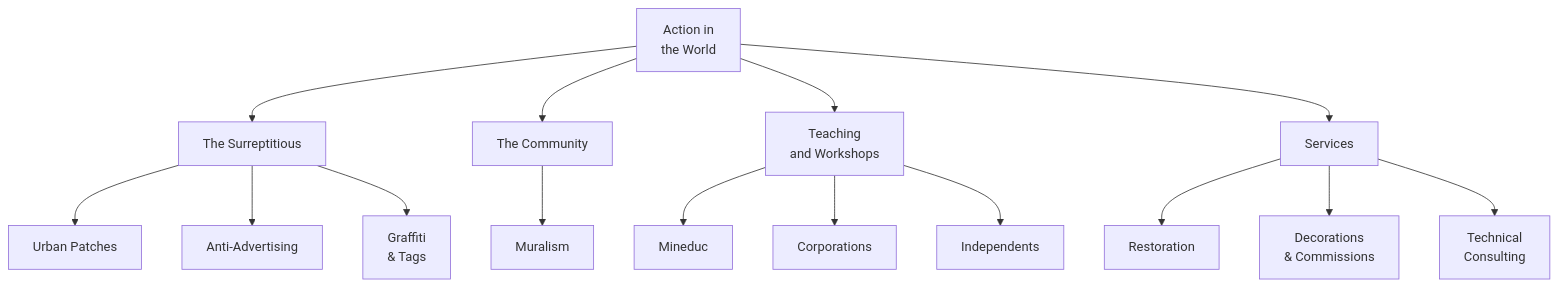
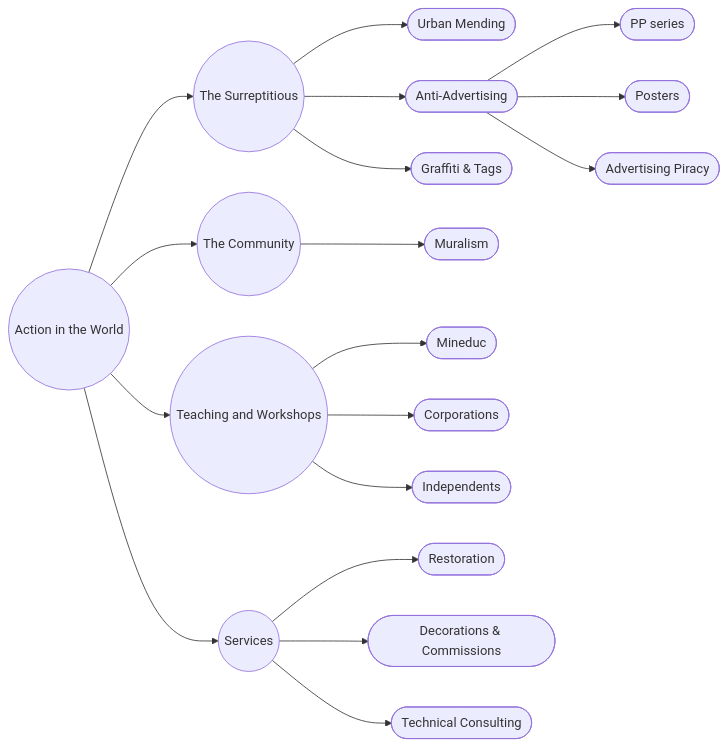
Before and after one commit to EGGS-Artesvisuales/EGGS-Artesvisuales.github.io: the second of 3 diagrams in EN/work-diagram.md, drawn with Mermaid. The commit also changed other lines of this file and 16 other files, not shown here.

Commit message:
Fix existing Mermaid links

```diff
--- a/EN/work-diagram.md
+++ b/EN/work-diagram.md
@@ -86,36 +117,46 @@
 <div class="mermaid">
-  graph TD
-    B[Action in\n the World] --> B1[The Surreptitious]
-    B1 --> B1a[Urban Patches]
-    B1 --> B1b[Anti-Advertising]
-    B1 --> B1c[Graffiti \n&amp; Tags]
+graph LR
+  B((Action in the World)) --> B1((The Surreptitious))
+  B1 --> B1a([Urban Mending])
+  B1 --> B1b([Anti-Advertising])
+  B1 --> B1c([Graffiti & Tags])
 
-    B --> B2[The Community]
-    B2 --> B2a[Muralism]
+  B1b --> B1b1([PP series])
+  B1b --> B1b2([Posters])
+  B1b --> B1b3([Advertising Piracy])
 
-    B --> B3[Teaching \nand Workshops]
-    B3 --> B3a[Mineduc]
-    B3 --> B3b[Corporations]
-    B3 --> B3c[Independents]
+  B --> B2((The Community))
+  B2 --> B2a([Muralism])
 
-    B --> B4[Services]
-    B4 --> B4a[Restoration]
-    B4 --> B4b[Decorations \n&amp; Commissions]
-    B4 --> B4c[Technical \nConsulting]
+  B --> B3((Teaching and Workshops))
+  B3 --> B3a([Mineduc])
+  B3 --> B3b([Corporations])
+  B3 --> B3c([Independents])
 
-    click B "/action.html" "Go to Action in the World"
-    click B1 "surreptitious.html" "Go to The Surreptitious"
-    click B1a "/urban-patches.html" "Go to Urban Patches"
-    click B1b "/anti-advertising.html" "Go to Anti-Advertising"
-    click B1c "/graffiti-tags.html" "Go to Graffiti &amp; Tags"
-    click B2 "community.html" "Go to The Community"
-    click B2a "/muralism.html" "Go to Muralism"
-    click B3 "teaching.html" "Go to Teaching and Workshops"
-    click B3a "/mineduc.html" "Go to Mineduc"
-    click B3b "/corporations.html" "Go to Corporations"
-    click B3c "/independents.html" "Go to Independents"
-    click B4 "services.html" "Go to Services"
-    click B4a "/restoration.html" "Go to Restoration"
-    click B4b "/decorations-commissions.html" "Go to Decorations &amp; Commissions"
-    click B4c "/technical-consulting.html" "Go to Technical Consulting"
+  B --> B4((Services))
+  B4 --> B4a([Restoration])
+  B4 --> B4b([Decorations & Commissions])
+  B4 --> B4c([Technical Consulting])
+
+  %% Existing links
+  click B "/EN/action.html" "Go to Action in the World"
+  click B1 "/EN/subreptitious.html" "Go to The Surreptitious"
+  click B1a "/EN/sub-urban-mending.html" "Go to Urban Mending"
+  click B1b "/EN/sub-anti-advertising.html" "Go to Anti-Advertising"
+  click B2 "/EN/community.html" "Go to The Community"
+  click B3 "/EN/teaching.html" "Go to Teaching and Workshops"
+  click B4 "/EN/services.html" "Go to Services"
+
+  %% Not yet existing -> under construction
+  click B1c "/EN/under-construction.html" "Under construction"
+  click B1b1 "/EN/under-construction.html" "Under construction"
+  click B1b2 "/EN/under-construction.html" "Under construction"
+  click B1b3 "/EN/under-construction.html" "Under construction"
+  click B2a "/EN/under-construction.html" "Under construction"
+  click B3a "/EN/under-construction.html" "Under construction"
+  click B3b "/EN/under-construction.html" "Under construction"
+  click B3c "/EN/under-construction.html" "Under construction"
+  click B4a "/EN/under-construction.html" "Under construction"
+  click B4b "/EN/under-construction.html" "Under construction"
+  click B4c "/EN/under-construction.html" "Under construction"
 </div>
```
